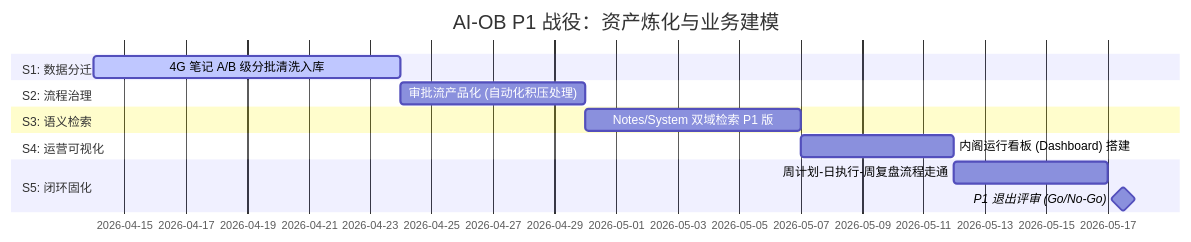
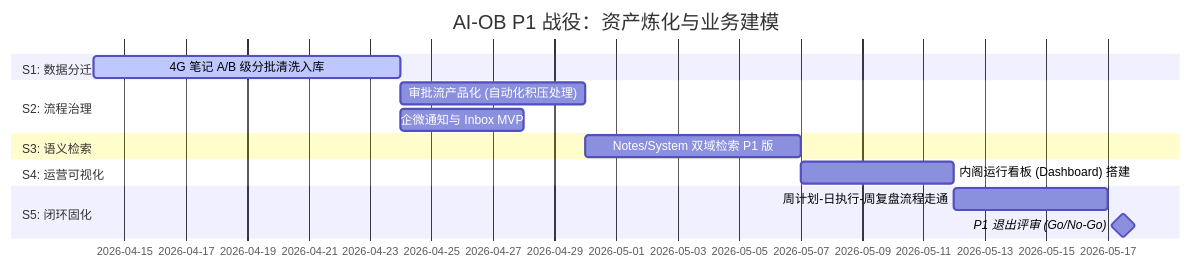
One commit to kennyxu73-sketch/AI-obsidian changed the second of 3 diagrams in 项目进展文档/计划/AI-OB 路线图规划（P0 - P2）.md. Above: the diagram before and after it, drawn with Mermaid. The commit also changed other lines of this file and 3 other files, not shown here.

```diff
--- a/项目进展文档/计划/AI-OB 路线图规划（P0 - P2）.md
+++ b/项目进展文档/计划/AI-OB 路线图规划（P0 - P2）.md
@@ -76,17 +75,18 @@
 ~~~mermaid
 
 gantt
     title AI-OB P1 战役：资产炼化与业务建模
     dateFormat  YYYY-MM-DD
     section S1: 数据分迁
     4G 笔记 A/B 级分批清洗入库     :active, p1s1, 2026-04-14, 10d
     section S2: 流程治理
     审批流产品化 (自动化积压处理)   :p1s2, after p1s1, 6d
+    企微通知与 Inbox MVP          :p1s2w, after p1s1, 4d
     section S3: 语义检索
     Notes/System 双域检索 P1 版    :p1s3, after p1s2, 7d
     section S4: 运营可视化
     内阁运行看板 (Dashboard) 搭建  :p1s4, after p1s3, 5d
     section S5: 闭环固化
     周计划-日执行-周复盘流程走通    :p1s5, after p1s4, 5d
     P1 退出评审 (Go/No-Go)        :milestone, p1m, 2026-05-17, 1d
 ~~~
```
